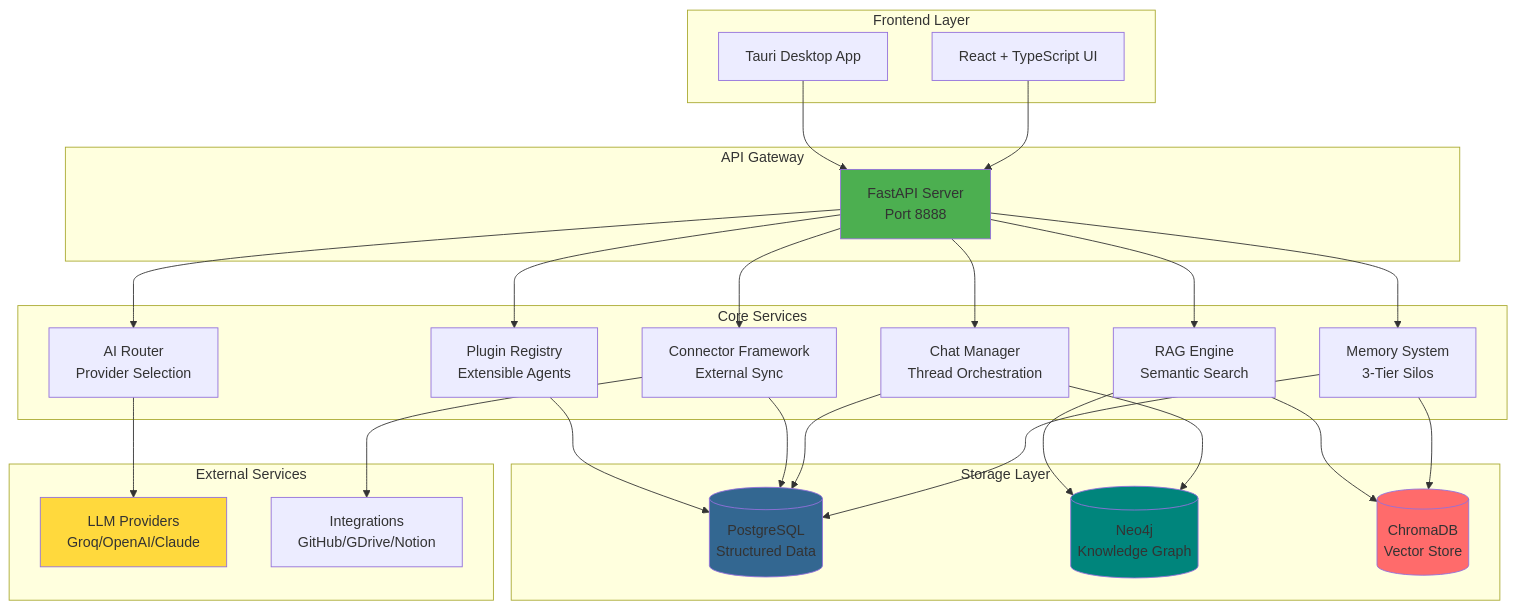
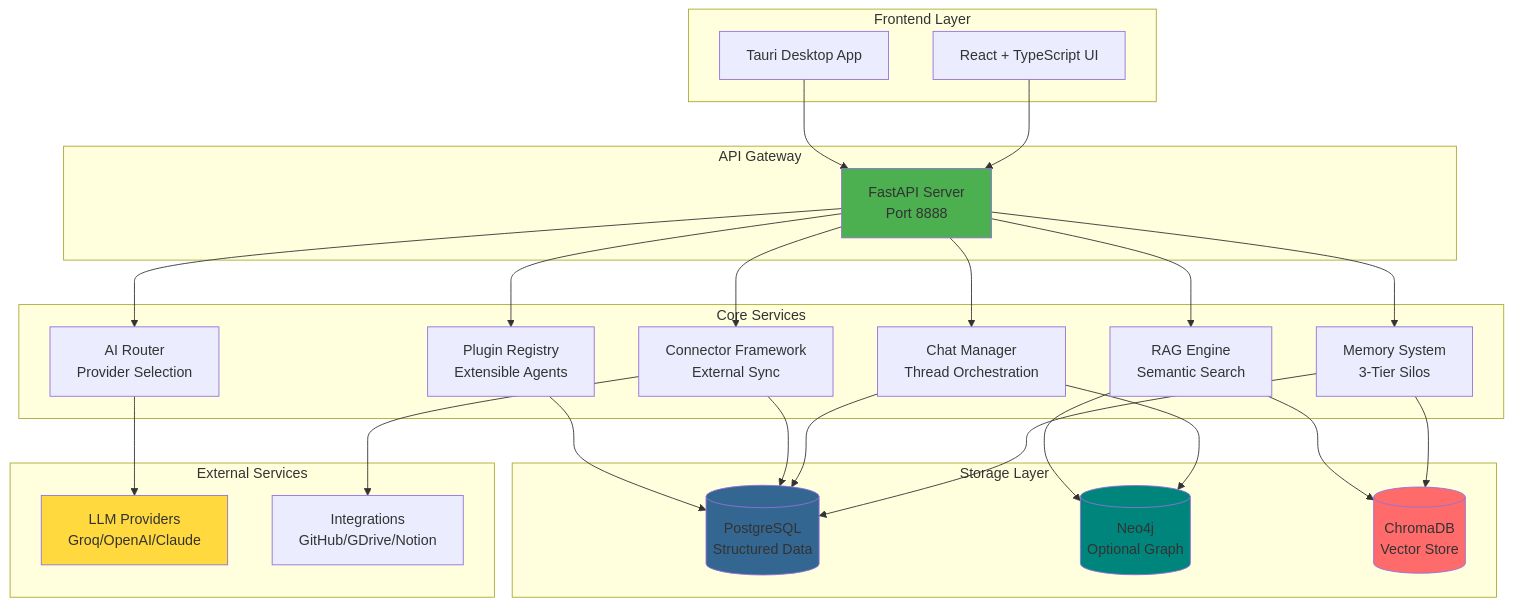
One commit to Resonant-Jones/Codexify changed the diagram in README.md. Above: the diagram before and after it, drawn with Mermaid. The commit also changed other lines of this file and 1 other file, not shown here.

Commit message:
TASK-2026-01-23-009_NEO4J_DECISION_DOC: defer neo4j and align docs

````diff
--- a/README.md
+++ b/README.md
@@ -76,58 +76,58 @@
 ```mermaid
 graph TB
     subgraph "Frontend Layer"
         UI[React + TypeScript UI]
         Desktop[Tauri Desktop App]
     end
 
     subgraph "API Gateway"
         FastAPI[FastAPI Server<br/>Port 8888]
     end
 
     subgraph "Core Services"
         Router[AI Router<br/>Provider Selection]
         Memory[Memory System<br/>3-Tier Silos]
         Chat[Chat Manager<br/>Thread Orchestration]
         RAG[RAG Engine<br/>Semantic Search]
         Connectors[Connector Framework<br/>External Sync]
         Plugins[Plugin Registry<br/>Extensible Agents]
     end
 
     subgraph "Storage Layer"
         PG[(PostgreSQL<br/>Structured Data)]
-        Neo[(Neo4j<br/>Knowledge Graph)]
+        Neo[(Neo4j<br/>Optional Graph)]
         Vector[(ChromaDB<br/>Vector Store)]
     end
 
     subgraph "External Services"
         LLM[LLM Providers<br/>Groq/OpenAI/Claude]
         Integrations[Integrations<br/>GitHub/GDrive/Notion]
     end
 
     UI --> FastAPI
     Desktop --> FastAPI
     FastAPI --> Router
     FastAPI --> Memory
     FastAPI --> Chat
     FastAPI --> RAG
     FastAPI --> Connectors
     FastAPI --> Plugins
 
     Router --> LLM
     Connectors --> Integrations
 
     Memory --> PG
     Memory --> Vector
     Chat --> PG
     Chat --> Neo
     RAG --> Vector
     RAG --> Neo
     Connectors --> PG
     Plugins --> PG
 
     style FastAPI fill:#4CAF50
     style PG fill:#336791
     style Neo fill:#00857C
     style Vector fill:#FF6B6B
     style LLM fill:#FFD93D
 ```
````
